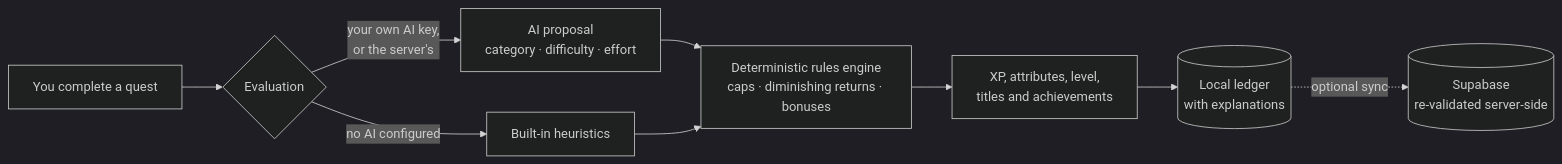
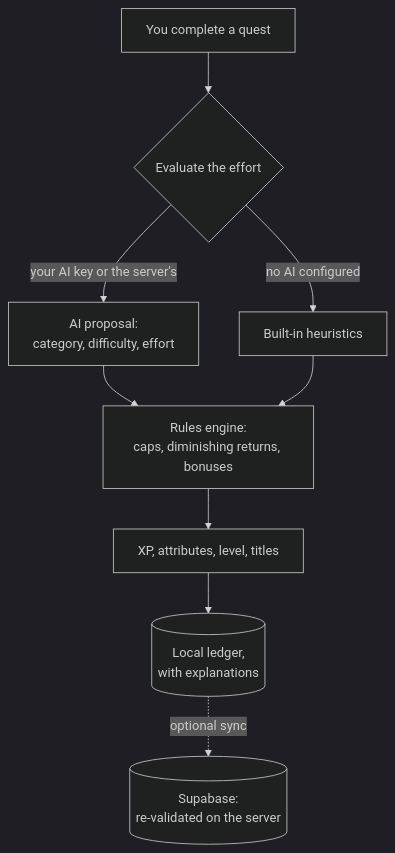
Before and after one commit to AliKahroodiEE/oathbound: the diagram in README.md, drawn with Mermaid (dark theme). The commit also changed other lines of this file and 1 other file, not shown here.

````diff
--- a/README.md
+++ b/README.md
@@ -218,11 +221,11 @@
 ```mermaid
-flowchart LR
-    Q["You complete a quest"] --> E{"Evaluation"}
-    E -->|"your own AI key,<br/>or the server's"| P["AI proposal<br/>category · difficulty · effort"]
+flowchart TD
+    Q["You complete a quest"] --> E{"Evaluate the effort"}
+    E -->|"your AI key or the server's"| P["AI proposal:<br/>category, difficulty, effort"]
     E -->|"no AI configured"| H["Built-in heuristics"]
-    P --> R["Deterministic rules engine<br/>caps · diminishing returns · bonuses"]
+    P --> R["Rules engine:<br/>caps, diminishing returns, bonuses"]
     H --> R
-    R --> C["XP, attributes, level,<br/>titles and achievements"]
-    C --> L[("Local ledger<br/>with explanations")]
-    L -. "optional sync" .-> S[("Supabase<br/>re-validated server-side")]
+    R --> C["XP, attributes, level, titles"]
+    C --> L[("Local ledger,<br/>with explanations")]
+    L -. "optional sync" .-> S[("Supabase:<br/>re-validated on the server")]
 ```
````
